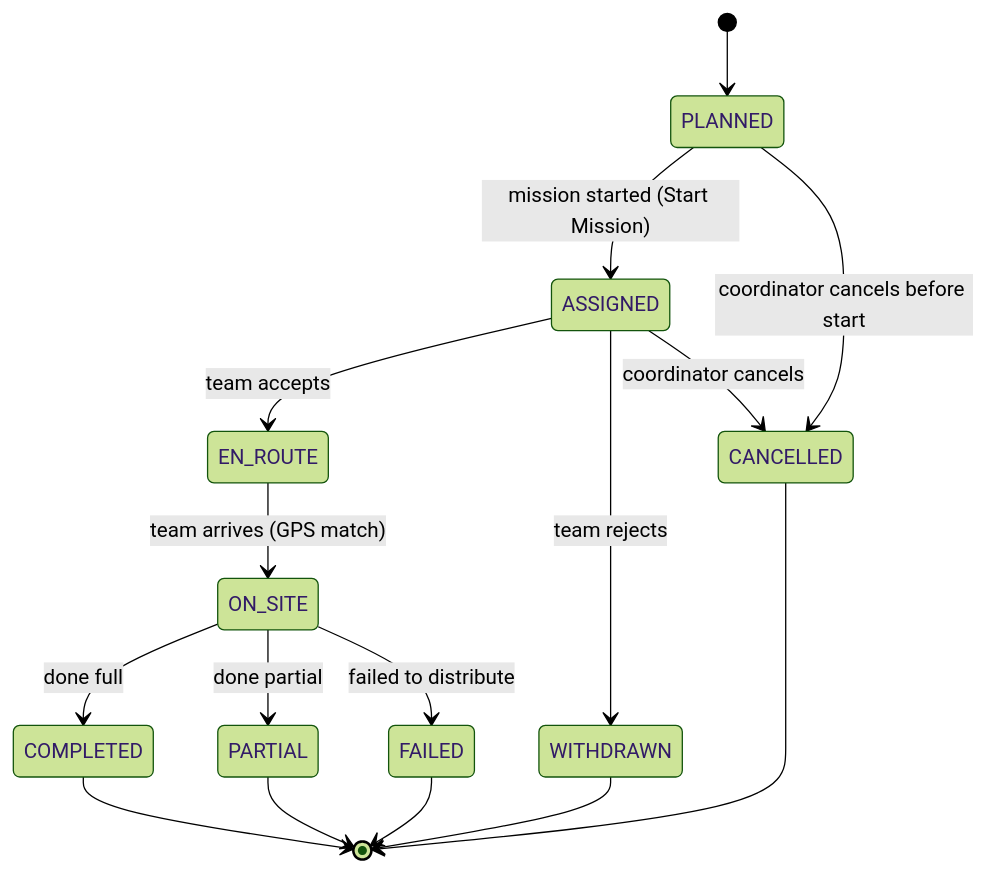
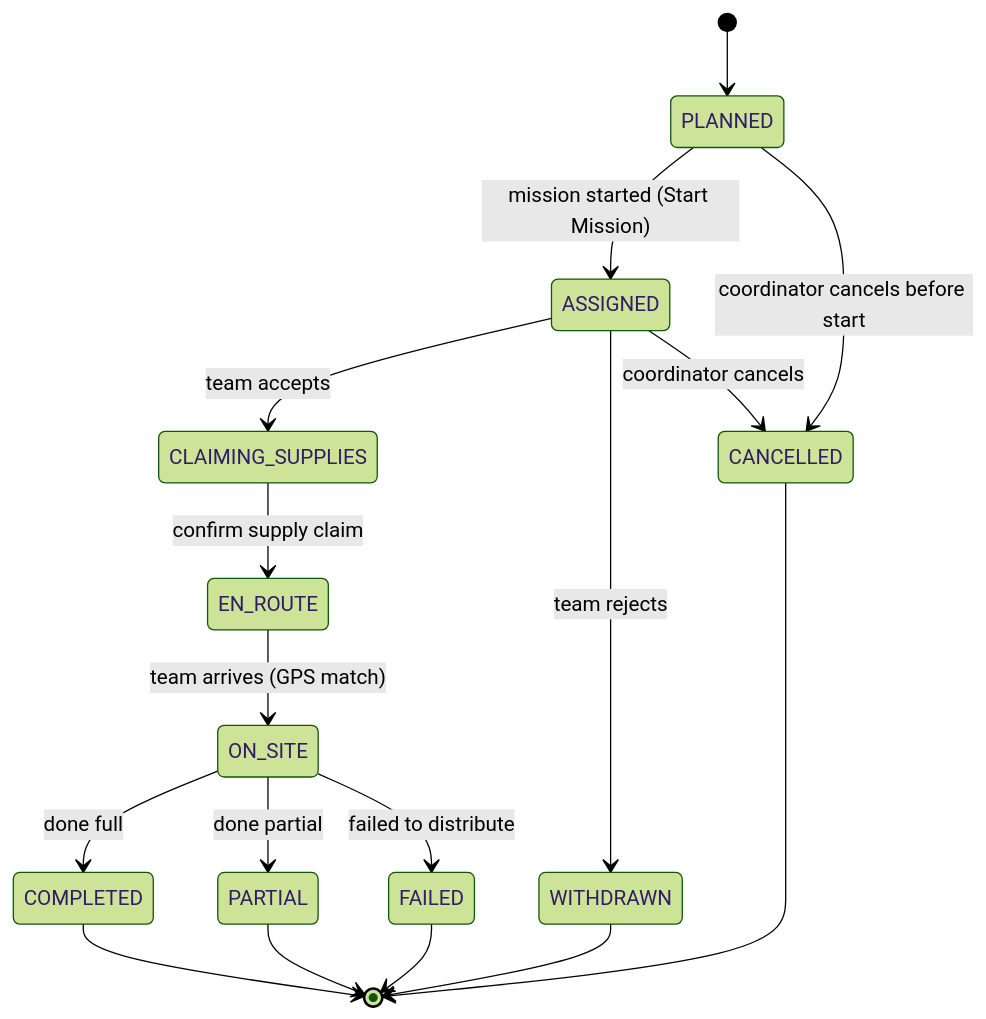
Before and after one commit to phuonganh1609/flood_rescue: the second of 6 diagrams in docs/flows/Relief_flow_1.1.md, drawn with Mermaid (forest theme). The commit also changed other lines of this file and 44 other files, not shown here.

````diff
--- a/docs/flows/Relief_flow_1.1.md
+++ b/docs/flows/Relief_flow_1.1.md
@@ -77,23 +78,25 @@
 ```mermaid
 stateDiagram-v2
     [*] --> PLANNED
 
     PLANNED --> ASSIGNED : mission started (Start Mission)
     PLANNED --> CANCELLED : coordinator cancels before start
 
-    ASSIGNED --> EN_ROUTE : team accepts
+    ASSIGNED --> CLAIMING_SUPPLIES : team accepts
     ASSIGNED --> WITHDRAWN : team rejects
     ASSIGNED --> CANCELLED : coordinator cancels
+
+    CLAIMING_SUPPLIES --> EN_ROUTE : confirm supply claim
 
     EN_ROUTE --> ON_SITE : team arrives (GPS match)
 
     ON_SITE --> COMPLETED : done full
     ON_SITE --> PARTIAL : done partial
     ON_SITE --> FAILED : failed to distribute
 
     COMPLETED --> [*]
     PARTIAL --> [*]
     FAILED --> [*]
     WITHDRAWN --> [*]
     CANCELLED --> [*]
 ```
````
